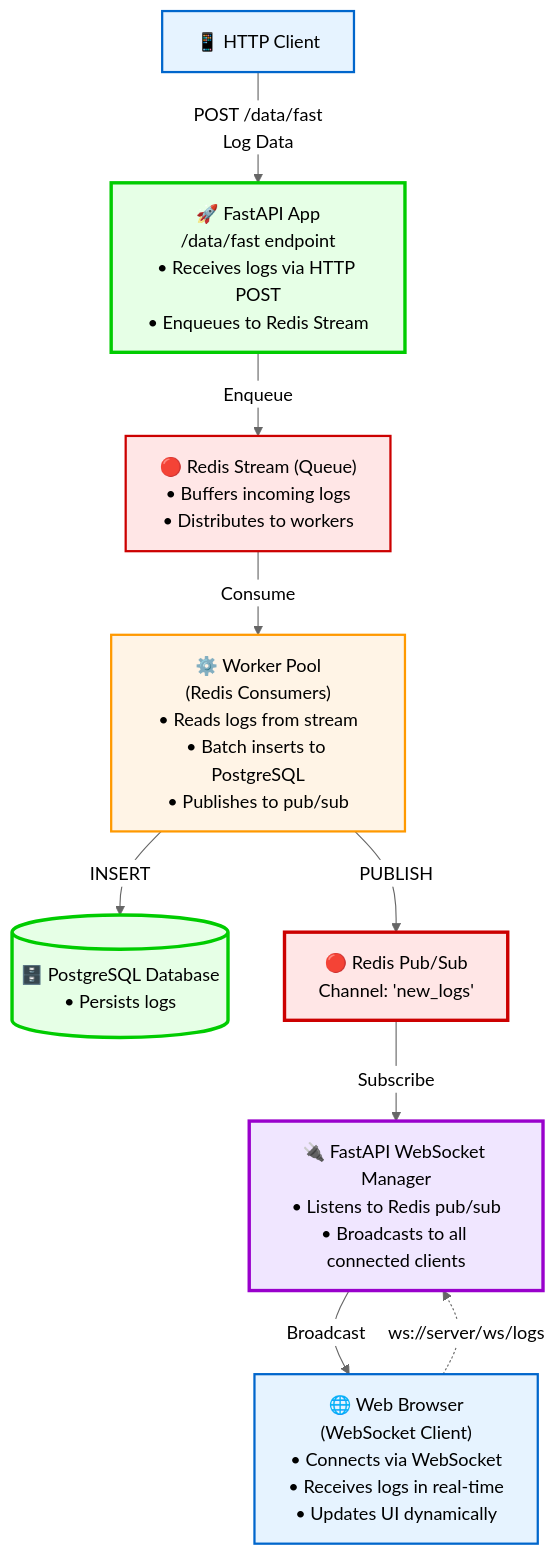
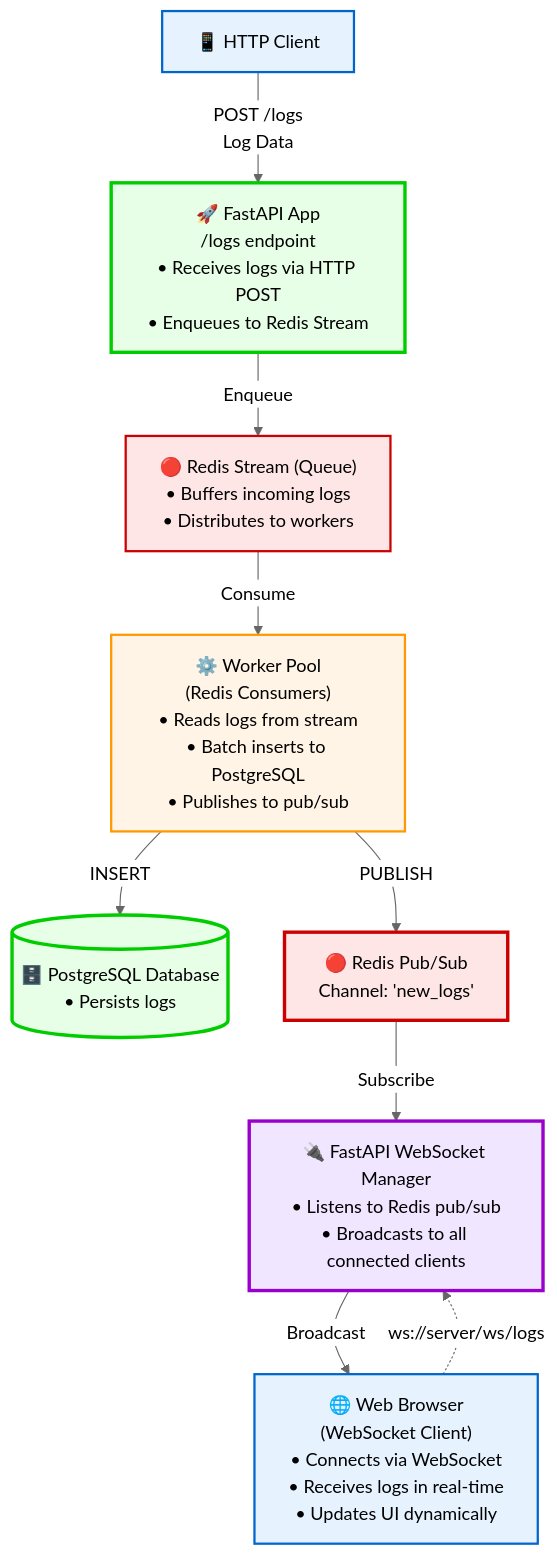
Before and after one commit to Romanabramovich/logs-and-found: the diagram in WEBSOCKET_SETUP.md, drawn with Mermaid (neutral theme). The commit also changed other lines of this file and 15 other files, not shown here.

Commit message:
Prioritized Redis message queue in api log POSTS

````diff
--- a/WEBSOCKET_SETUP.md
+++ b/WEBSOCKET_SETUP.md
@@ -11,40 +11,40 @@
 ```mermaid
 flowchart TD
-    Client["📱 HTTP Client"] -->|POST /data/fast<br/>Log Data| API
+    Client["📱 HTTP Client"] -->|POST /logs<br/>Log Data| API
     
-    API["🚀 FastAPI App<br/>/data/fast endpoint<br/>• Receives logs via HTTP POST<br/>• Enqueues to Redis Stream"]
+    API["🚀 FastAPI App<br/>/logs endpoint<br/>• Receives logs via HTTP POST<br/>• Enqueues to Redis Stream"]
     
     API -->|Enqueue| Stream
     
     Stream["🔴 Redis Stream (Queue)<br/>• Buffers incoming logs<br/>• Distributes to workers"]
     
     Stream -->|Consume| Workers
     
     Workers["⚙️ Worker Pool<br/>(Redis Consumers)<br/>• Reads logs from stream<br/>• Batch inserts to PostgreSQL<br/>• Publishes to pub/sub"]
     
     Workers -->|INSERT| DB
     Workers -->|PUBLISH| PubSub
     
     DB[("🗄️ PostgreSQL Database<br/>• Persists logs")]
     
     PubSub["🔴 Redis Pub/Sub<br/>Channel: 'new_logs'"]
     
     PubSub -->|Subscribe| WSManager
     
     WSManager["🔌 FastAPI WebSocket Manager<br/>• Listens to Redis pub/sub<br/>• Broadcasts to all connected clients"]
     
     WSManager -->|Broadcast| Browser
     
     Browser["🌐 Web Browser<br/>(WebSocket Client)<br/>• Connects via WebSocket<br/>• Receives logs in real-time<br/>• Updates UI dynamically"]
     
     Browser -.->|ws://server/ws/logs| WSManager
     
     style Client fill:#e6f3ff,stroke:#0066cc,stroke-width:2px,color:#000000
     style API fill:#e6ffe6,stroke:#00cc00,stroke-width:3px,color:#000000
     style Stream fill:#ffe6e6,stroke:#cc0000,stroke-width:2px,color:#000000
     style Workers fill:#fff4e6,stroke:#ff9900,stroke-width:2px,color:#000000
     style DB fill:#e6ffe6,stroke:#00cc00,stroke-width:3px,color:#000000
     style PubSub fill:#ffe6e6,stroke:#cc0000,stroke-width:3px,color:#000000
     style WSManager fill:#f0e6ff,stroke:#9900cc,stroke-width:3px,color:#000000
     style Browser fill:#e6f3ff,stroke:#0066cc,stroke-width:2px,color:#000000
 ```
````
